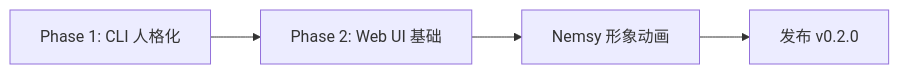
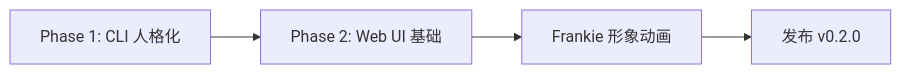
Before and after one commit to asdf4231/Frankie: the diagram in design/MVP-animation.md, drawn with Mermaid. The commit also changed other lines of this file and 17 other files, not shown here.

````diff
--- a/design/MVP-animation.md
+++ b/design/MVP-animation.md
@@ -601,6 +601,6 @@
 ```mermaid
 graph LR
     A[Phase 1: CLI 人格化] --> B[Phase 2: Web UI 基础]
-    B --> C[Nemsy 形象动画]
+    B --> C[Frankie 形象动画]
     C --> D[发布 v0.2.0]
 ```
````
